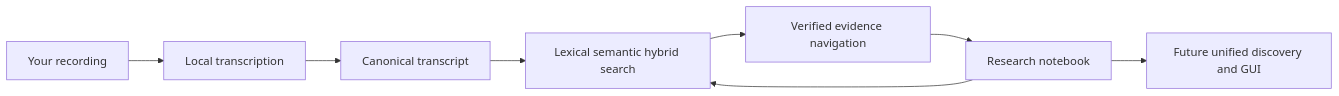
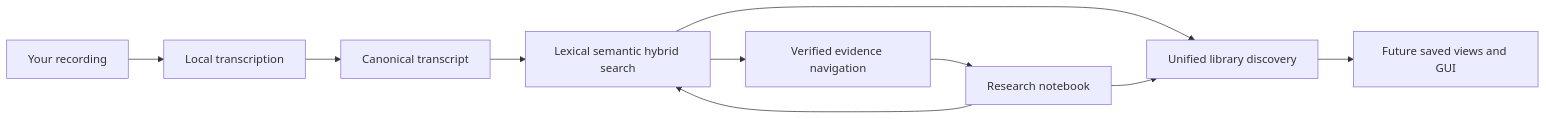
The diagram in docs/README.md (SSD1805/EchoFlow), drawn with Mermaid before and after one commit. The commit also changed other lines of this file, not shown here.

Commit message:
docs: make unified discovery current

````diff
--- a/docs/README.md
+++ b/docs/README.md
@@ -113,10 +122,12 @@
 ```mermaid
 flowchart LR
     A[Your recording] --> B[Local transcription]
     B --> C[Canonical transcript]
     C --> D[Lexical semantic hybrid search]
     D --> E[Verified evidence navigation]
     E --> F[Research notebook]
     F --> D
-    F --> G[Future unified discovery and GUI]
+    D --> G[Unified library discovery]
+    F --> G
+    G --> H[Future saved views and GUI]
 ```
````
